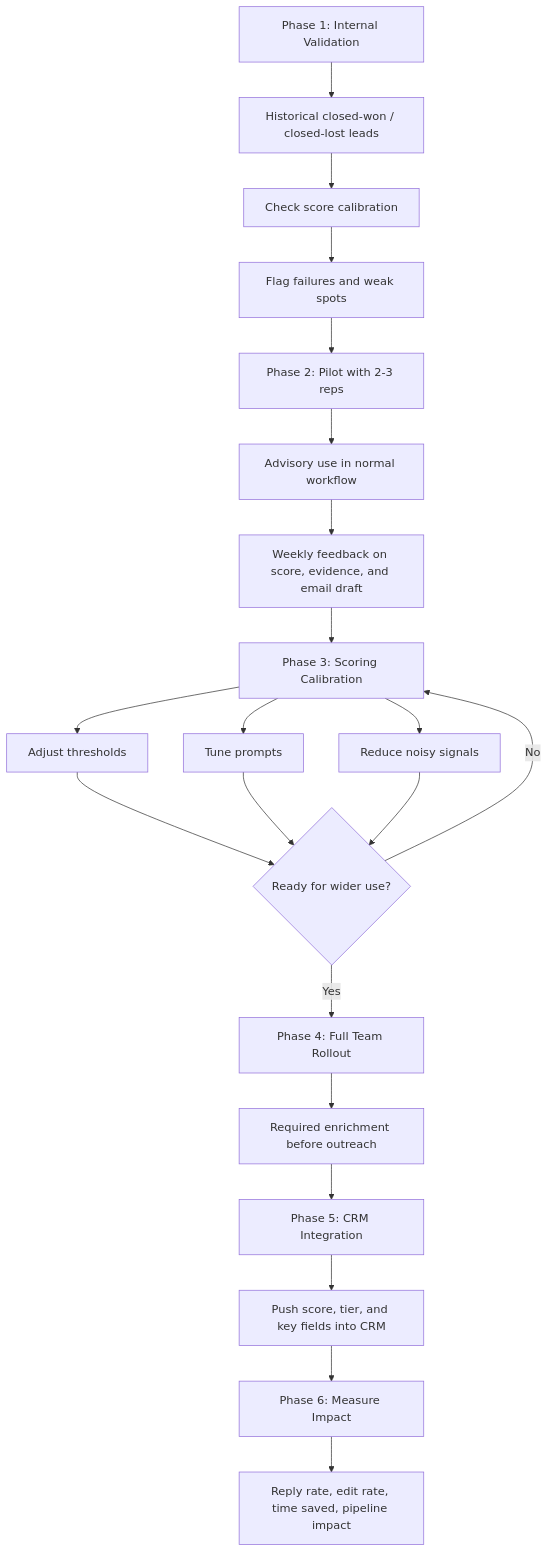
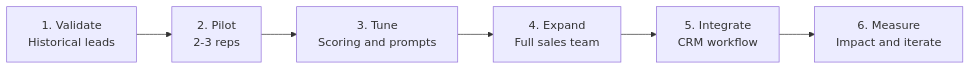
The seventh of 7 diagrams in README.md (Kohralle/Property-Management-Lead-Enricher), drawn with Mermaid before and after one commit.

Commit message:
Simplify rollout plan diagram

````diff
--- a/README.md
+++ b/README.md
@@ -246,28 +246,8 @@
 ```mermaid
-flowchart TD
-    A[Phase 1: Internal Validation] --> B[Historical closed-won / closed-lost leads]
-    B --> C[Check score calibration]
-    C --> D[Flag failures and weak spots]
-
-    D --> E[Phase 2: Pilot with 2-3 reps]
-    E --> F[Advisory use in normal workflow]
-    F --> G[Weekly feedback on score, evidence, and email draft]
-
-    G --> H[Phase 3: Scoring Calibration]
-    H --> I[Adjust thresholds]
-    H --> J[Tune prompts]
-    H --> K[Reduce noisy signals]
-
-    I --> L{Ready for wider use?}
-    J --> L
-    K --> L
-
-    L -- Yes --> M[Phase 4: Full Team Rollout]
-    L -- No --> H
-
-    M --> N[Required enrichment before outreach]
-    N --> O[Phase 5: CRM Integration]
-    O --> P[Push score, tier, and key fields into CRM]
-    P --> Q[Phase 6: Measure Impact]
-    Q --> R[Reply rate, edit rate, time saved, pipeline impact]
+flowchart LR
+    A[1. Validate<br/>Historical leads] --> B[2. Pilot<br/>2-3 reps]
+    B --> C[3. Tune<br/>Scoring and prompts]
+    C --> D[4. Expand<br/>Full sales team]
+    D --> E[5. Integrate<br/>CRM workflow]
+    E --> F[6. Measure<br/>Impact and iterate]
 ```
````
